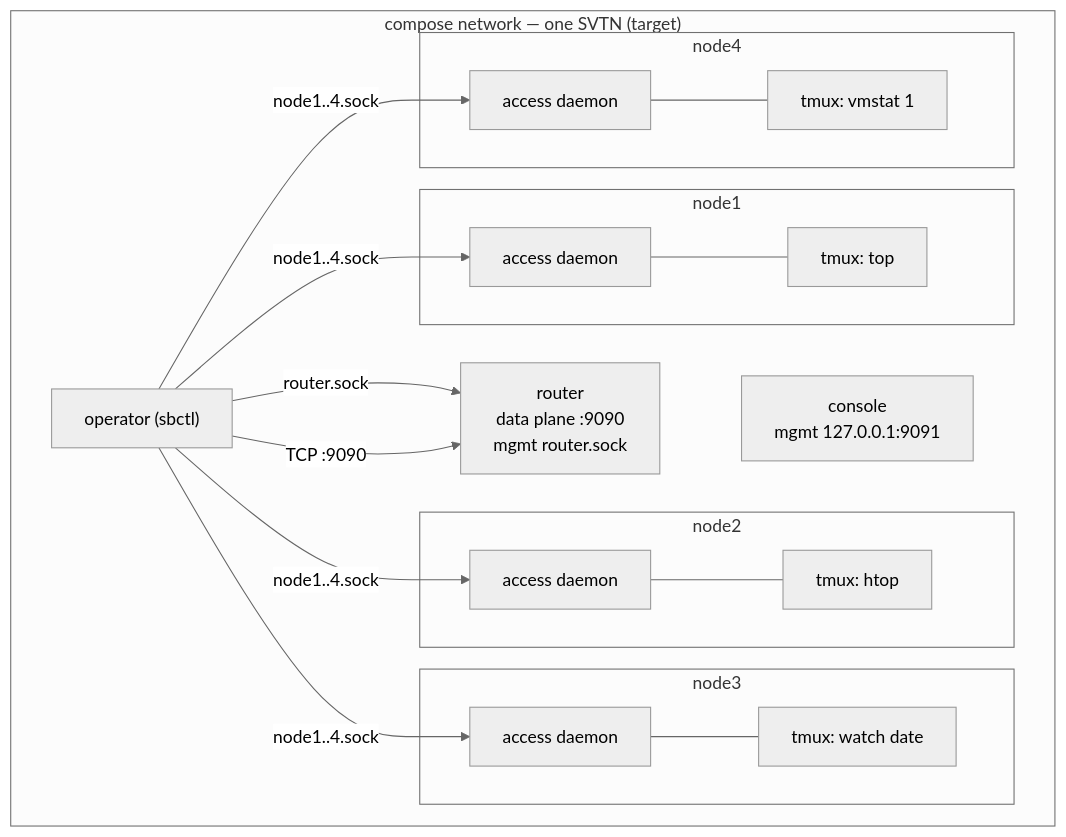
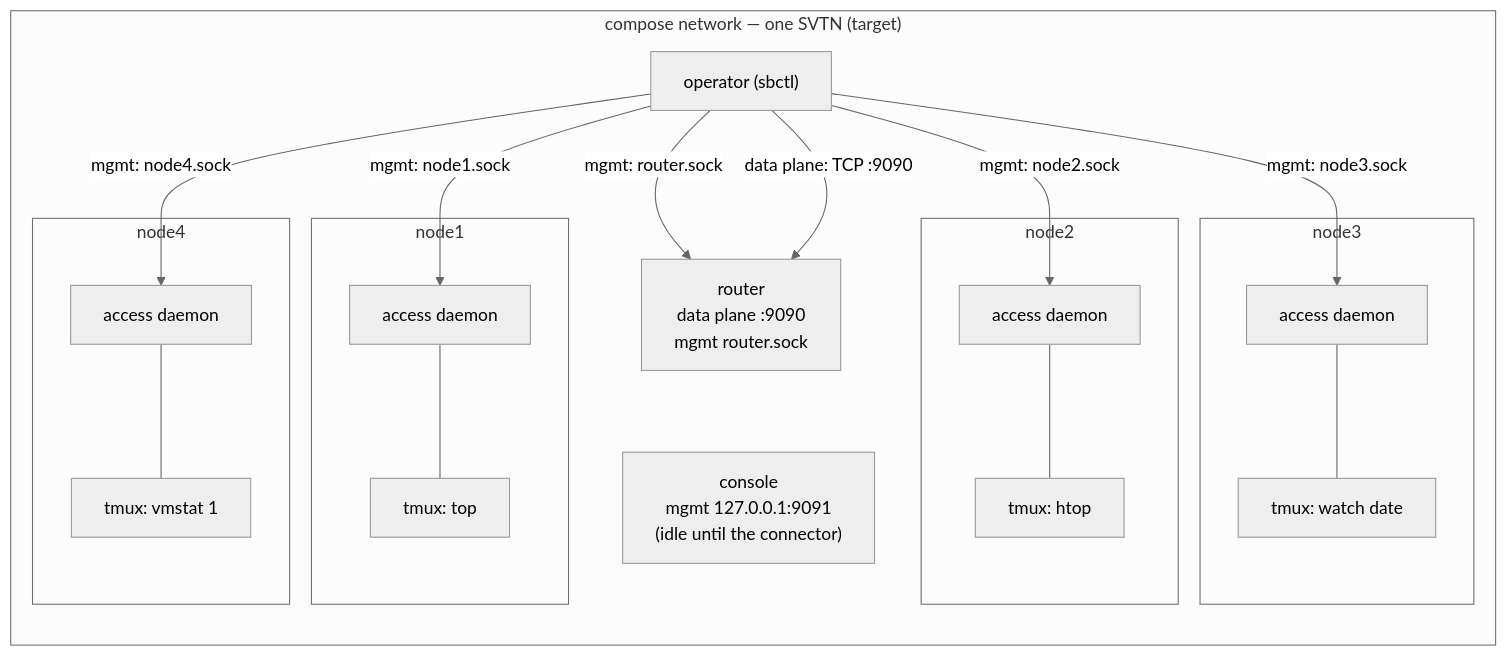
The second of 3 diagrams in examples/05-four-nodes-one-svtn/README.md (ArcavenAE/switchboard-blue), drawn with Mermaid (neutral theme) before and after one commit. The commit also changed other lines of this file, not shown here.

Commit message:
docs(examples): 05 ground-level compose diagram TB -> LR, operator initiates from the left
Same initiator-left convention as the network views: sbctl on the
left, five daemons ranked right, one labeled edge per management
socket instead of the compound node1..4 edge. Console annotated as
idle-until-connector with a pointer to example 04 for its surface.

````diff
--- a/examples/05-four-nodes-one-svtn/README.md
+++ b/examples/05-four-nodes-one-svtn/README.md
@@ -61,23 +61,26 @@
 ```mermaid
-graph TB
+graph LR
     subgraph net["compose network — one SVTN (target)"]
+        D["operator (sbctl)"]
         R["router<br/>data plane :9090<br/>mgmt router.sock"]
         subgraph n1["node1"]
             A1["access daemon"] --- T1["tmux: top"]
         end
         subgraph n2["node2"]
             A2["access daemon"] --- T2["tmux: htop"]
         end
         subgraph n3["node3"]
             A3["access daemon"] --- T3["tmux: watch date"]
         end
         subgraph n4["node4"]
             A4["access daemon"] --- T4["tmux: vmstat 1"]
         end
-        C["console<br/>mgmt 127.0.0.1:9091"]
-        D["operator (sbctl)"]
+        C["console<br/>mgmt 127.0.0.1:9091<br/>(idle until the connector)"]
     end
-    D -- "router.sock" --> R
-    D -- "node1..4.sock" --> A1 & A2 & A3 & A4
-    D -- "TCP :9090" --> R
+    D -- "mgmt: router.sock" --> R
+    D -- "data plane: TCP :9090" --> R
+    D -- "mgmt: node1.sock" --> A1
+    D -- "mgmt: node2.sock" --> A2
+    D -- "mgmt: node3.sock" --> A3
+    D -- "mgmt: node4.sock" --> A4
 ```
````
